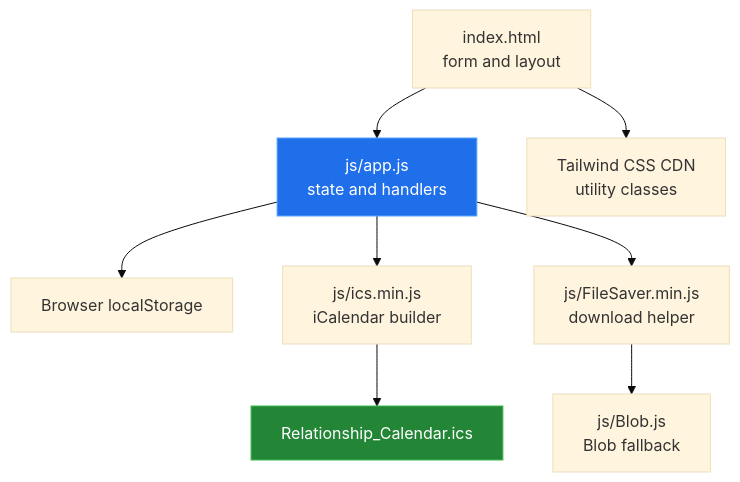
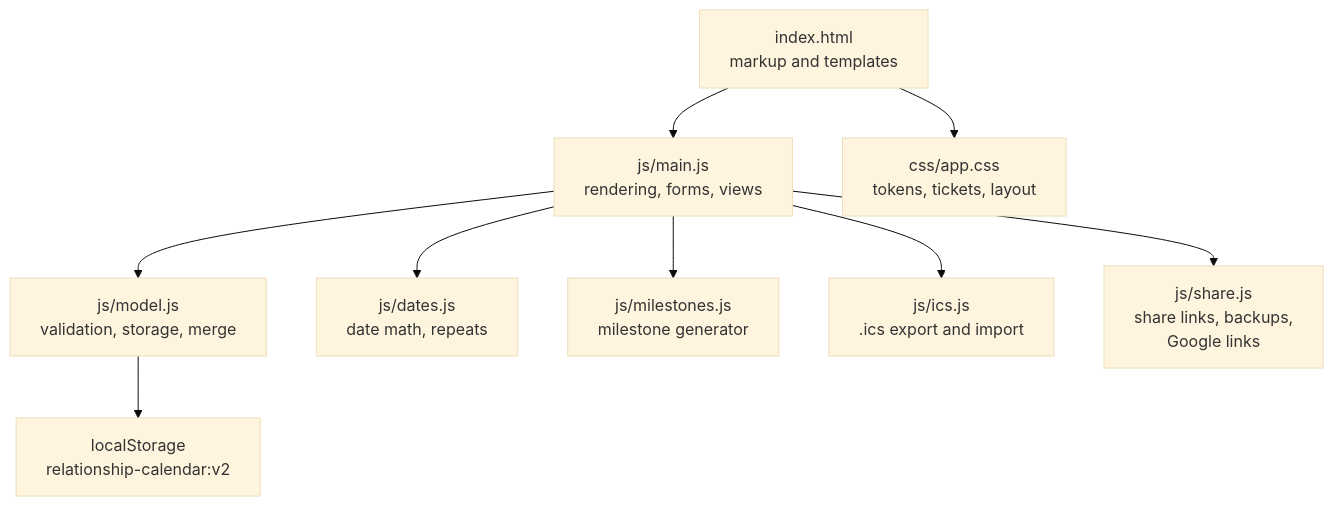
The diagram in README.md (Bissbert/relationship-calendar), drawn with Mermaid (base theme) before and after one commit. The commit also changed other lines of this file and 39 other files, not shown here.

First line of the commit message:
Redesign as a keepsake calendar with richer dates and sharing

````diff
--- a/README.md
+++ b/README.md
@@ -52,13 +70,11 @@
 ```mermaid
 flowchart TD
-    H["index.html<br/>form and layout"] --> A["js/app.js<br/>state and handlers"]
-    H --> T["Tailwind CSS CDN<br/>utility classes"]
-    A --> LS["Browser localStorage"]
-    A --> I["js/ics.min.js<br/>iCalendar builder"]
-    A --> F["js/FileSaver.min.js<br/>download helper"]
-    F --> B["js/Blob.js<br/>Blob fallback"]
-    I --> O["Relationship_Calendar.ics"]
-
-    style A fill:#1f6feb,stroke:#58a6ff,color:#fff
-    style O fill:#238636,stroke:#3fb950,color:#fff
+    H["index.html<br/>markup and templates"] --> M["js/main.js<br/>rendering, forms, views"]
+    H --> C["css/app.css<br/>tokens, tickets, layout"]
+    M --> MO["js/model.js<br/>validation, storage, merge"]
+    M --> D["js/dates.js<br/>date math, repeats"]
+    M --> MS["js/milestones.js<br/>milestone generator"]
+    M --> I["js/ics.js<br/>.ics export and import"]
+    M --> S["js/share.js<br/>share links, backups,<br/>Google links"]
+    MO --> LS["localStorage<br/>relationship-calendar:v2"]
 ```
````
